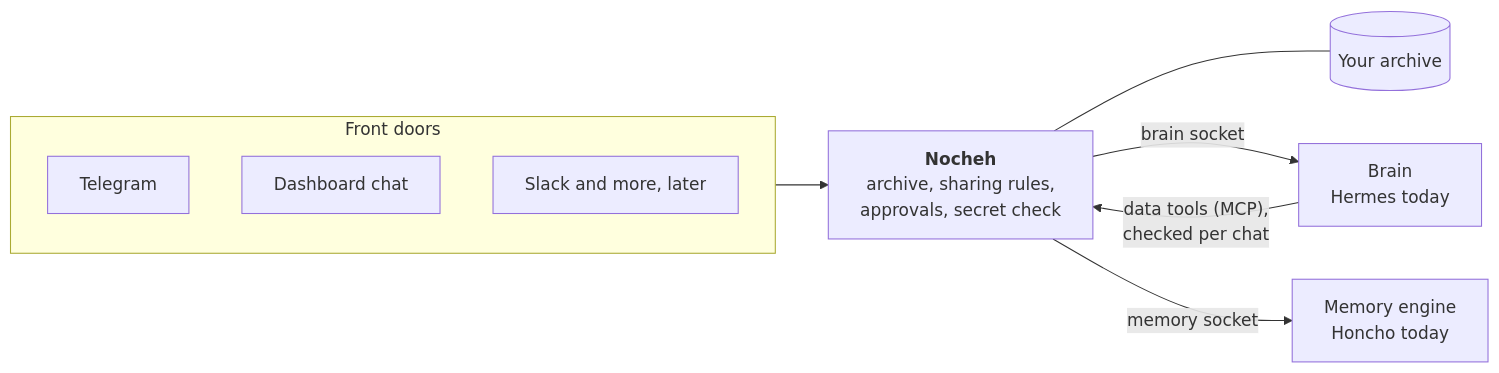
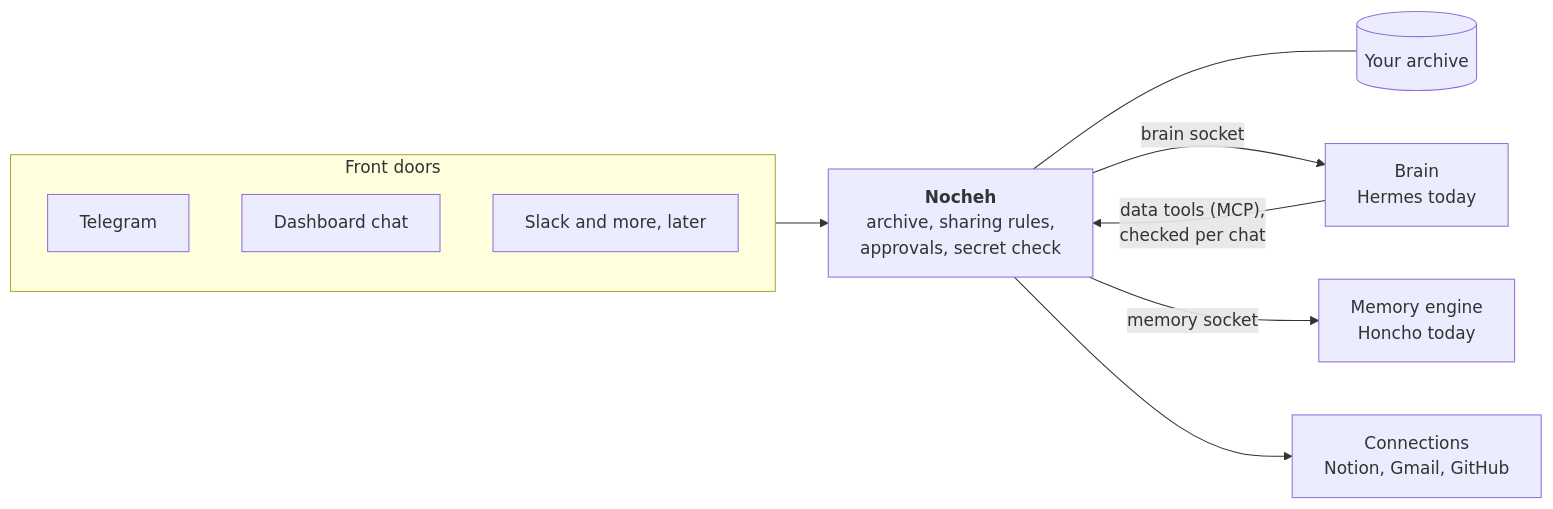
Before and after one commit to PlaygrndLabs/nocheh: the first of 3 diagrams in README.md, drawn with Mermaid. The commit also changed other lines of this file, not shown here.

````diff
--- a/README.md
+++ b/README.md
@@ -14,13 +16,14 @@
 ```mermaid
 flowchart LR
   subgraph doors["Front doors"]
     TG["Telegram"]
     WEB["Dashboard chat"]
     NEXT["Slack and more, later"]
   end
   doors --> CORE["<b>Nocheh</b><br/>archive, sharing rules,<br/>approvals, secret check"]
   CORE --- ARCH[("Your archive")]
   CORE -- "brain socket" --> BRAIN["Brain<br/>Hermes today"]
   BRAIN -- "data tools (MCP),<br/>checked per chat" --> CORE
   CORE -- "memory socket" --> MEM["Memory engine<br/>Honcho today"]
+  CORE --> CONN["Connections<br/>Notion, Gmail, GitHub"]
 ```
````
